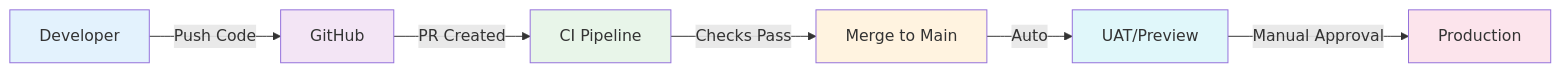
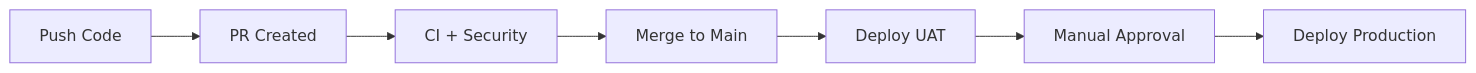
Before and after one commit to ChanOoDev/DRNotes-NCO: the first of 2 diagrams in docs/cicd-setup.md, drawn with Mermaid. The commit also changed other lines of this file, not shown here.

Commit message:
docs: simplify Mermaid diagrams for clarity

````diff
--- a/docs/cicd-setup.md
+++ b/docs/cicd-setup.md
@@ -5,15 +5,9 @@
 ```mermaid
 graph LR
-    DEV[Developer] -->|Push Code| GH[GitHub]
-    GH -->|PR Created| CI[CI Pipeline]
-    CI -->|Checks Pass| MERGE[Merge to Main]
-    MERGE -->|Auto| UAT[UAT/Preview]
-    UAT -->|Manual Approval| PROD[Production]
-
-    style DEV fill:#e3f2fd
-    style GH fill:#f3e5f5
-    style CI fill:#e8f5e9
-    style MERGE fill:#fff3e0
-    style UAT fill:#e0f7fa
-    style PROD fill:#fce4ec
+    A[Push Code] --> B[PR Created]
+    B --> C[CI + Security]
+    C --> D[Merge to Main]
+    D --> E[Deploy UAT]
+    E --> F[Manual Approval]
+    F --> G[Deploy Production]
 ```
````
